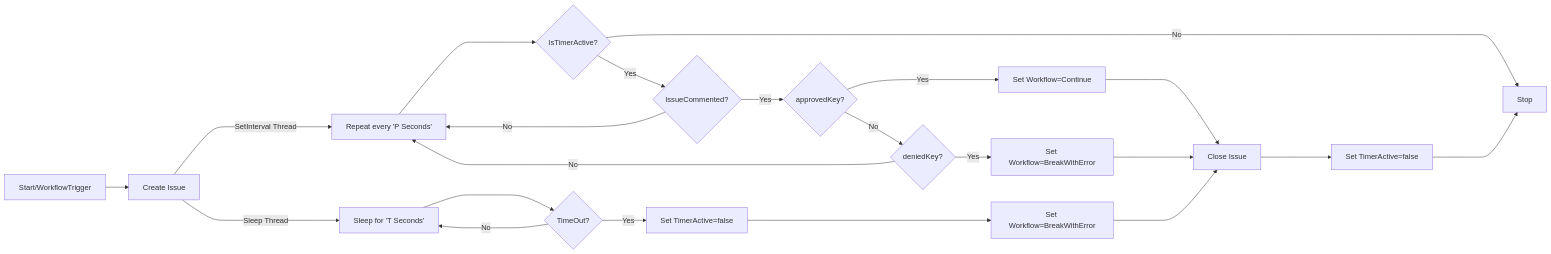
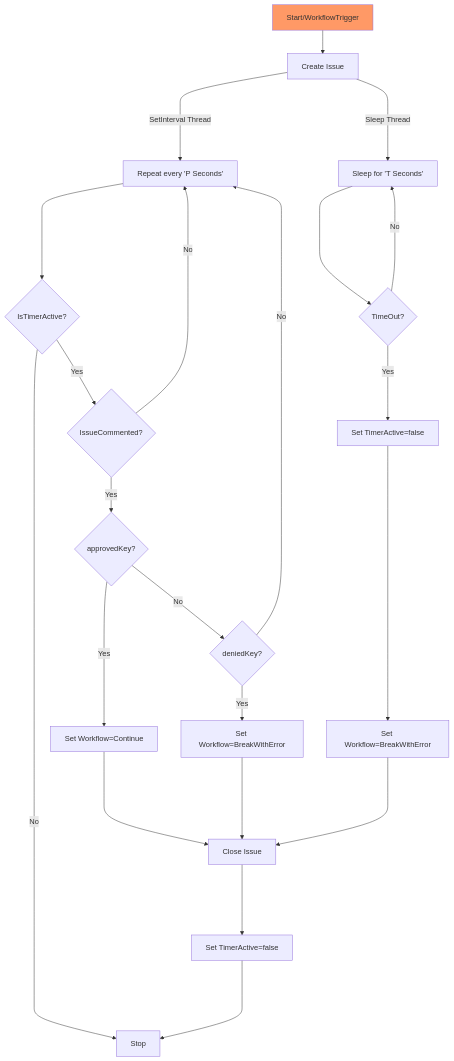
The diagram in README.md (yog-labs/custom-starter-template), drawn with Mermaid before and after one commit.

````diff
--- a/README.md
+++ b/README.md
@@ -45,24 +45,26 @@
 ```mermaid
-flowchart LR
+flowchart TD
    A[Start/WorkflowTrigger] --> B[Create Issue];
     B ----> |SetInterval Thread| C1[Repeat every 'P Seconds'];
     B ----> |Sleep Thread| C2[Sleep for 'T Seconds'];
     C1 ----> C1A{IsTimerActive?};
     C1A -- No --> Stop[Stop]
     C1A -- Yes --> C1B{IssueCommented?}
     C1B -- No --> C1
     C1B -- Yes --> C1C{approvedKey?}
     C1C -- Yes --> C1D[Set Workflow=Continue]
     C1D ---->  I[Close Issue]
     C1C -- No --> C1E{deniedKey?}
     C1E -- Yes --> C1F[Set Workflow=BreakWithError]
     C1E -- No --> C1
     C1F ----> I[Close Issue]
     I ----> J[Set TimerActive=false]
     J ----> Stop[Stop]
     C2 ----> C2A{TimeOut?}
     C2A -- Yes --> C2B[Set TimerActive=false]
     C2B ----> C2C[Set Workflow=BreakWithError]
     C2A -- No --> C2
     C2C ----> I
+    style A fill:#f96;
+    style Stop fill:#96;
 ```
````
